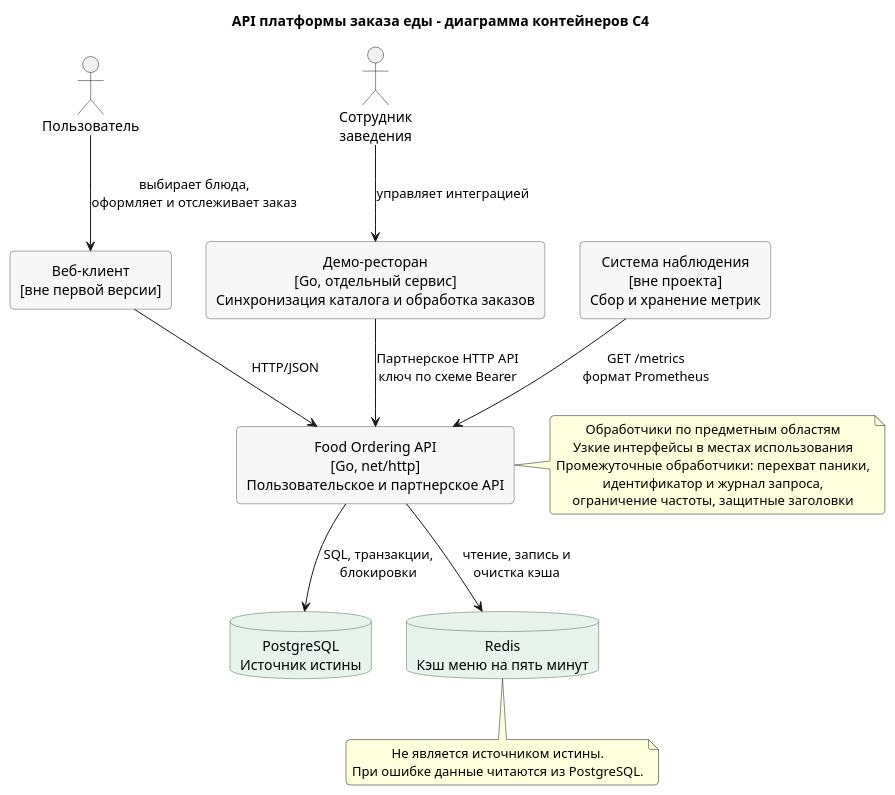
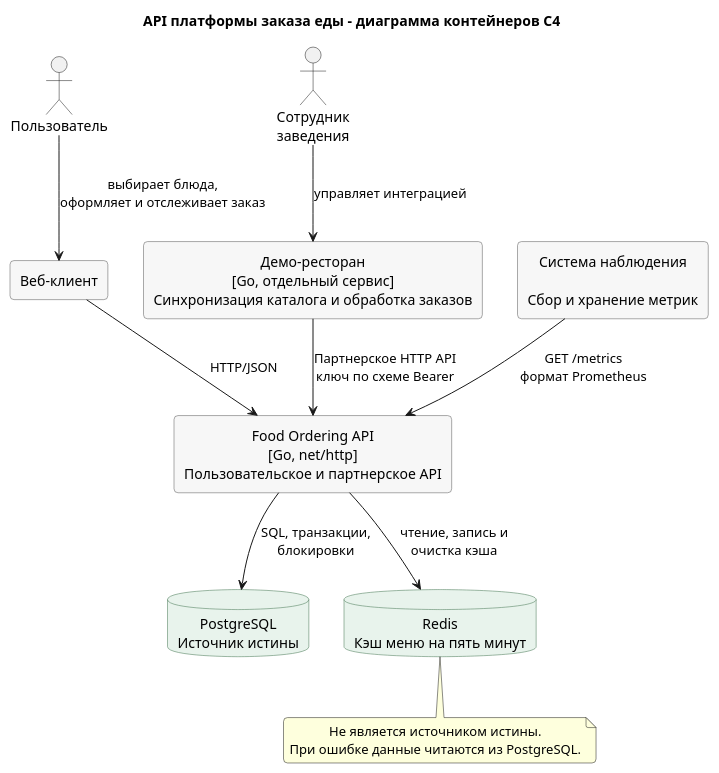
Before and after one commit to aartchik/food-ordering-api: the diagram in docs/architecture.puml, drawn with PlantUML.

Commit message:
final commit

```diff
--- a/docs/architecture.puml
+++ b/docs/architecture.puml
@@ -1,47 +1,40 @@
 @startuml architecture
 title API платформы заказа еды - диаграмма контейнеров C4
 
 skinparam shadowing false
 skinparam roundcorner 8
 skinparam defaultTextAlignment center
 skinparam rectangle {
   BackgroundColor #F7F7F7
   BorderColor #555555
 }
 skinparam database {
   BackgroundColor #E8F3EC
   BorderColor #41734F
 }
 
 actor "Пользователь" as user
 actor "Сотрудник\nзаведения" as partner
 
-rectangle "Веб-клиент\n[вне первой версии]" as web
+rectangle "Веб-клиент" as web
 rectangle "Food Ordering API\n[Go, net/http]\nПользовательское и партнерское API" as api
 rectangle "Демо-ресторан\n[Go, отдельный сервис]\nСинхронизация каталога и обработка заказов" as restaurant
-rectangle "Система наблюдения\n[вне проекта]\nСбор и хранение метрик" as monitoring
+rectangle "Система наблюдения\n\nСбор и хранение метрик" as monitoring
 database "PostgreSQL\nИсточник истины" as postgres
 database "Redis\nКэш меню на пять минут" as redis
 
 user --> web : выбирает блюда,\nоформляет и отслеживает заказ
 web --> api : HTTP/JSON
 partner --> restaurant : управляет интеграцией
 restaurant --> api : Партнерское HTTP API\nключ по схеме Bearer
 monitoring --> api : GET /metrics\nформат Prometheus
 api --> postgres : SQL, транзакции,\nблокировки
 api --> redis : чтение, запись и\nочистка кэша
 
-note right of api
-  Обработчики по предметным областям
-  Узкие интерфейсы в местах использования
-  Промежуточные обработчики: перехват паники,
-  идентификатор и журнал запроса,
-  ограничение частоты, защитные заголовки
-end note
 
 note bottom of redis
   Не является источником истины.
   При ошибке данные читаются из PostgreSQL.
 end note
 
 @enduml
```
